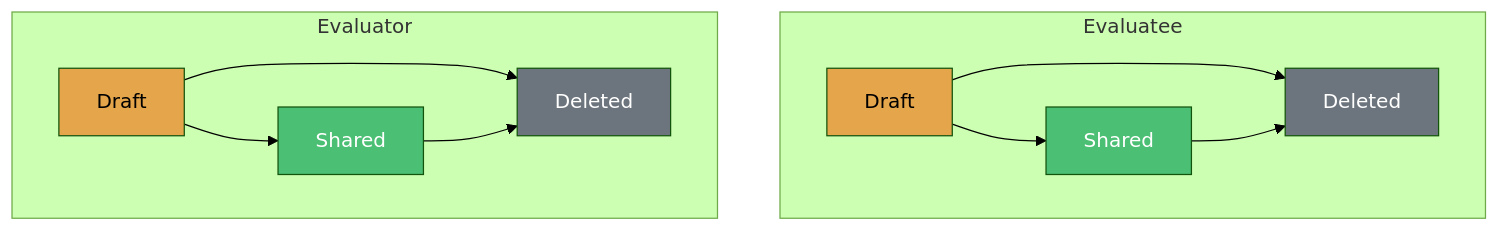
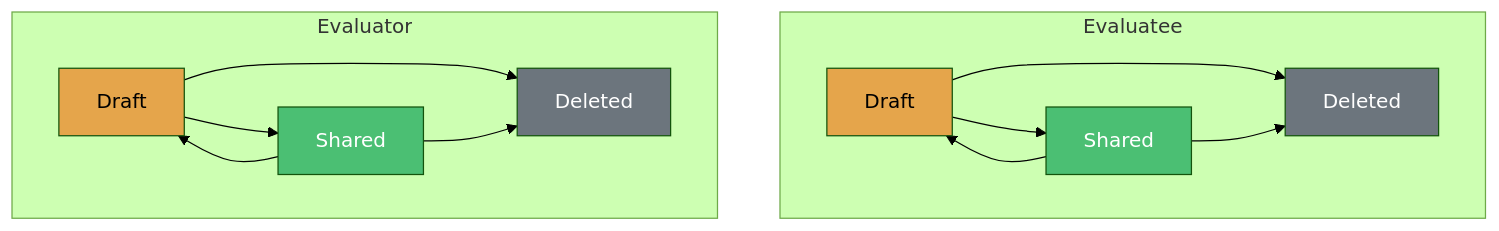
The sixth of 8 diagrams in docs/reference/workflows.md (hoc-stateeval/stateeval-help), drawn with Mermaid (forest theme) before and after one commit. The commit also changed other lines of this file, not shown here.

````diff
--- a/docs/reference/workflows.md
+++ b/docs/reference/workflows.md
@@ -270,21 +292,23 @@
 ```mermaid
 flowchart TD
     subgraph Evaluatee
         A1[Draft] --> B1[Shared]
         A1 --> C1[Deleted]
+        B1 --> A1
         B1 --> C1
     end
 
     subgraph Evaluator
         A2[Draft] --> B2[Shared]
         A2 --> C2[Deleted]
+        B2 --> A2
         B2 --> C2
     end
 
     style A1 fill:#E5A54B,color:#000
     style B1 fill:#4BBF73,color:#fff
     style C1 fill:#6c757d,color:#fff
     style A2 fill:#E5A54B,color:#000
     style B2 fill:#4BBF73,color:#fff
     style C2 fill:#6c757d,color:#fff
 ```
````
